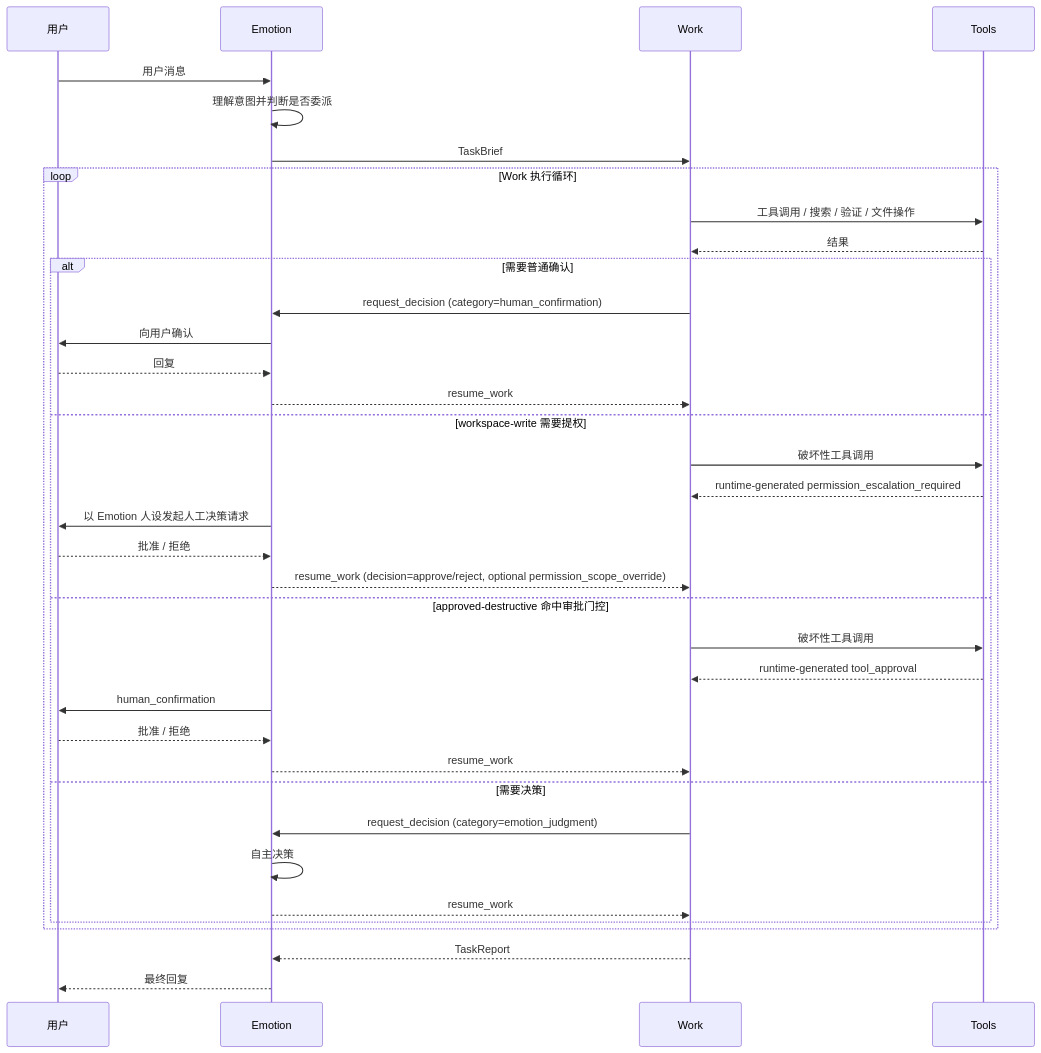
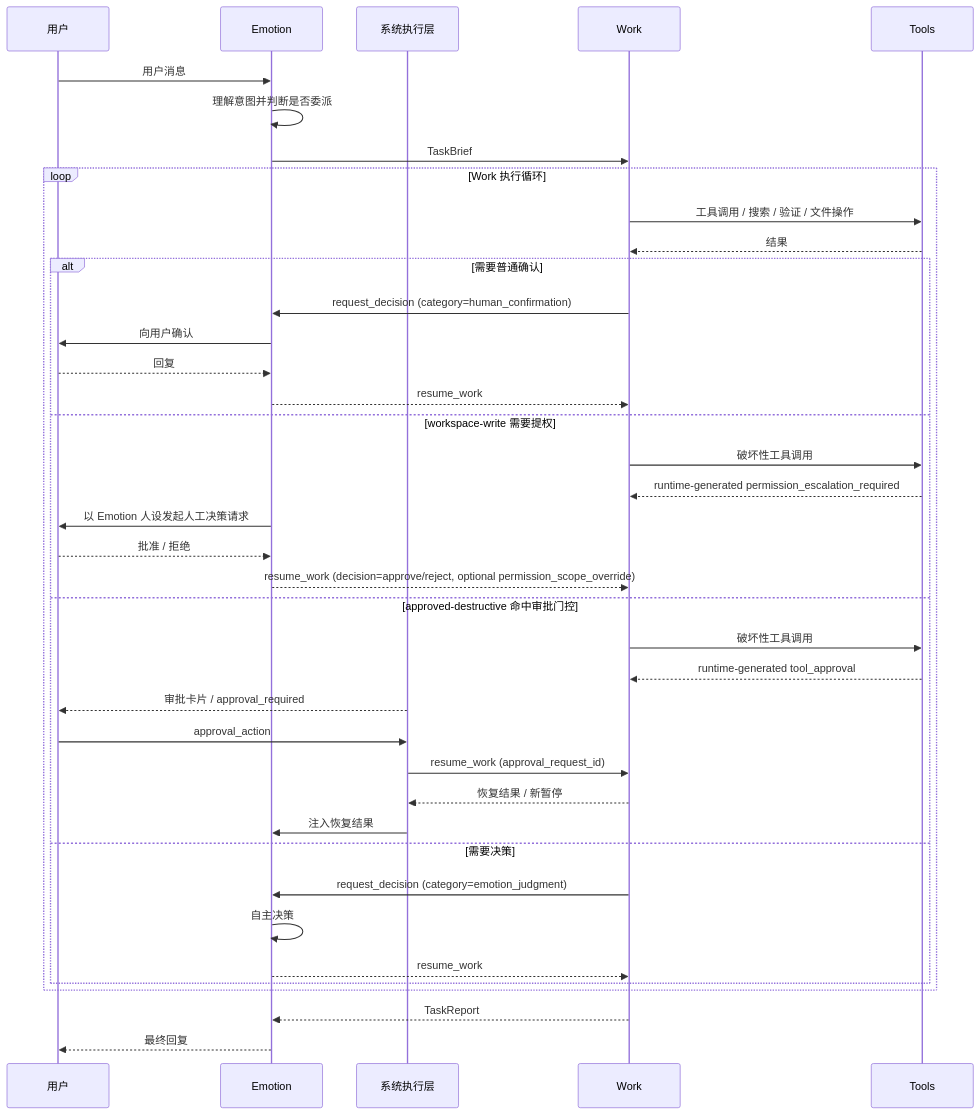
One commit to LongYiSang/EmoAgent changed the third of 4 diagrams in docs/architecture/设计方案.md. Above: the diagram before and after it, drawn with Mermaid. The commit also changed other lines of this file and 8 other files, not shown here.

````diff
--- a/docs/architecture/设计方案.md
+++ b/docs/architecture/设计方案.md
@@ -242,39 +246,42 @@
 ```mermaid
 sequenceDiagram
     participant U as 用户
     participant E as Emotion
+    participant S as 系统执行层
     participant W as Work
     participant T as Tools
 
     U->>E: 用户消息
     E->>E: 理解意图并判断是否委派
     E->>W: TaskBrief
     loop Work 执行循环
         W->>T: 工具调用 / 搜索 / 验证 / 文件操作
         T-->>W: 结果
         alt 需要普通确认
             W->>E: request_decision (category=human_confirmation)
             E->>U: 向用户确认
             U-->>E: 回复
             E-->>W: resume_work
         else workspace-write 需要提权
             W->>T: 破坏性工具调用
             T-->>W: runtime-generated permission_escalation_required
             E->>U: 以 Emotion 人设发起人工决策请求
             U-->>E: 批准 / 拒绝
             E-->>W: resume_work (decision=approve/reject, optional permission_scope_override)
         else approved-destructive 命中审批门控
             W->>T: 破坏性工具调用
             T-->>W: runtime-generated tool_approval
-            E->>U: human_confirmation
-            U-->>E: 批准 / 拒绝
-            E-->>W: resume_work
+            S-->>U: 审批卡片 / approval_required
+            U->>S: approval_action
+            S->>W: resume_work (approval_request_id)
+            W-->>S: 恢复结果 / 新暂停
+            S->>E: 注入恢复结果
         else 需要决策
             W->>E: request_decision (category=emotion_judgment)
             E->>E: 自主决策
             E-->>W: resume_work
         end
     end
     W-->>E: TaskReport
     E-->>U: 最终回复
 ```
````
